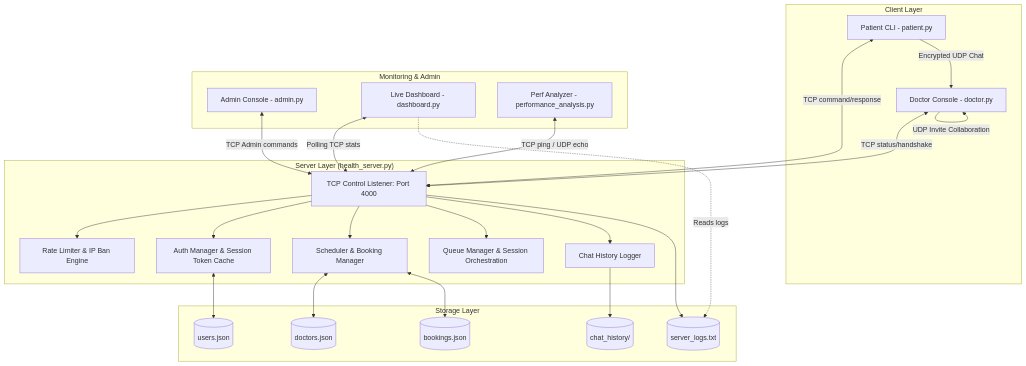
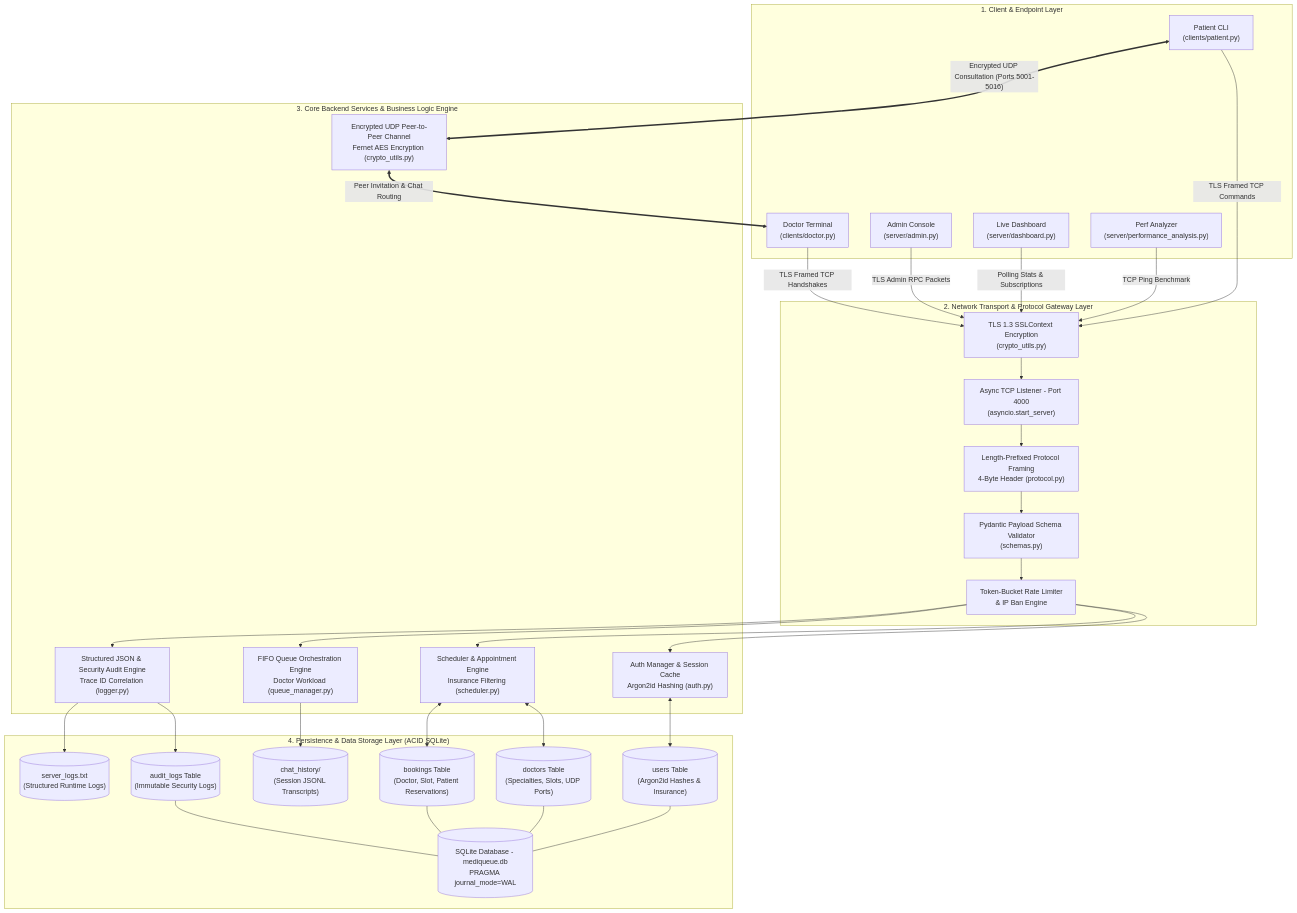
One commit to AishikTokdar/MediQueue-Connect changed the diagram in README.md. Above: the diagram before and after it, drawn with Mermaid. The commit also changed other lines of this file and 19 other files, not shown here.

First line of the commit message:
feat: upgrade backend architecture to production-grade asyncio, sqlite wal, argon2id, and protocol framing

````diff
--- a/README.md
+++ b/README.md
@@ -55,54 +65,71 @@
 ```mermaid
-graph TD
-    subgraph Clients ["Client Layer"]
-        P[Patient CLI - patient.py]
-        D[Doctor Console - doctor.py]
+graph TB
+    subgraph ClientLayer ["1. Client & Endpoint Layer"]
+        P["Patient CLI<br/>(clients/patient.py)"]
+        D["Doctor Terminal<br/>(clients/doctor.py)"]
+        A["Admin Console<br/>(server/admin.py)"]
+        DS["Live Dashboard<br/>(server/dashboard.py)"]
+        PA["Perf Analyzer<br/>(server/performance_analysis.py)"]
     end
 
-    subgraph Monitoring ["Monitoring & Admin"]
-        A[Admin Console - admin.py]
-        DS[Live Dashboard - dashboard.py]
-        PA[Perf Analyzer - performance_analysis.py]
+    subgraph TransportGateway ["2. Network Transport & Protocol Gateway Layer"]
+        TLS["TLS 1.3 SSLContext Encryption<br/>(crypto_utils.py)"]
+        TCP["Async TCP Listener - Port 4000<br/>(asyncio.start_server)"]
+        PF["Length-Prefixed Protocol Framing<br/>4-Byte Header (protocol.py)"]
+        PV["Pydantic Payload Schema Validator<br/>(schemas.py)"]
+        RL["Token-Bucket Rate Limiter<br/>& IP Ban Engine"]
     end
 
-    subgraph Server ["Server Layer (health_server.py)"]
-        TCP[TCP Control Listener: Port 4000]
-        RL[Rate Limiter & IP Ban Engine]
-        QM[Queue Manager & Session Orchestration]
-        SM[Scheduler & Booking Manager]
-        AM[Auth Manager & Session Token Cache]
-        CH[Chat History Logger]
+    subgraph ServiceLayer ["3. Core Backend Services & Business Logic Engine"]
+        AM["Auth Manager & Session Cache<br/>Argon2id Hashing (auth.py)"]
+        SM["Scheduler & Appointment Engine<br/>Insurance Filtering (scheduler.py)"]
+        QM["FIFO Queue Orchestration Engine<br/>Doctor Workload (queue_manager.py)"]
+        LOG["Structured JSON & Security Audit Engine<br/>Trace ID Correlation (logger.py)"]
+        UDP["Encrypted UDP Peer-to-Peer Channel<br/>Fernet AES Encryption (crypto_utils.py)"]
     end
 
-    subgraph Data ["Storage Layer"]
-        D_JSON[(doctors.json)]
-        U_JSON[(users.json)]
-        B_JSON[(bookings.json)]
-        C_LOGS[(chat_history/)]
-        S_LOGS[(server_logs.txt)]
+    subgraph StorageLayer ["4. Persistence & Data Storage Layer (ACID SQLite)"]
+        SQLDB[("SQLite Database - mediqueue.db<br/>PRAGMA journal_mode=WAL")]
+        USERS[("users Table<br/>(Argon2id Hashes & Insurance)")]
+        DOCTORS[("doctors Table<br/>(Specialties, Slots, UDP Ports)")]
+        BOOKINGS[("bookings Table<br/>(Doctor, Slot, Patient Reservations)")]
+        AUDIT[("audit_logs Table<br/>(Immutable Security Logs)")]
+        C_LOGS[("chat_history/<br/>(Session JSONL Transcripts)")]
+        S_LOGS[("server_logs.txt<br/>(Structured Runtime Logs)")]
     end
 
-    %% Network Connections
-    P <-- TCP command/response --> TCP
-    D <-- TCP status/handshake --> TCP
-    P -- Encrypted UDP Chat --> D
-    D -- UDP Invite Collaboration --> D
-    A <-- TCP Admin commands --> TCP
-    DS <-- Polling TCP stats --> TCP
-    PA <-- TCP ping / UDP echo --> TCP
+    %% Client -> Gateway Connections
+    P -- "TLS Framed TCP Commands" --> TLS
+    D -- "TLS Framed TCP Handshakes" --> TLS
+    A -- "TLS Admin RPC Packets" --> TLS
+    DS -- "Polling Stats & Subscriptions" --> TLS
+    PA -- "TCP Ping Benchmark" --> TLS
 
-    %% Internal Server flows
-    TCP --> RL
-    TCP --> AM
-    TCP --> SM
-    TCP --> QM
-    TCP --> CH
+    TLS --> TCP
+    TCP --> PF
+    PF --> PV
+    PV --> RL
 
-    %% File IO
-    AM <--> U_JSON
-    SM <--> D_JSON
-    SM <--> B_JSON
-    CH --> C_LOGS
-    TCP --> S_LOGS
-    DS -. Reads logs .-> S_LOGS
+    %% Gateway -> Services Routing
+    RL --> AM
+    RL --> SM
+    RL --> QM
+    RL --> LOG
+
+    %% UDP Peer-to-Peer Direct Chat
+    P <== "Encrypted UDP Consultation (Ports 5001-5016)" ==> UDP
+    UDP <== "Peer Invitation & Chat Routing" ==> D
+
+    %% Services -> Storage Integration
+    AM <--> USERS
+    SM <--> DOCTORS
+    SM <--> BOOKINGS
+    LOG --> AUDIT
+    LOG --> S_LOGS
+    QM --> C_LOGS
+
+    USERS --- SQLDB
+    DOCTORS --- SQLDB
+    BOOKINGS --- SQLDB
+    AUDIT --- SQLDB
 ```
````
